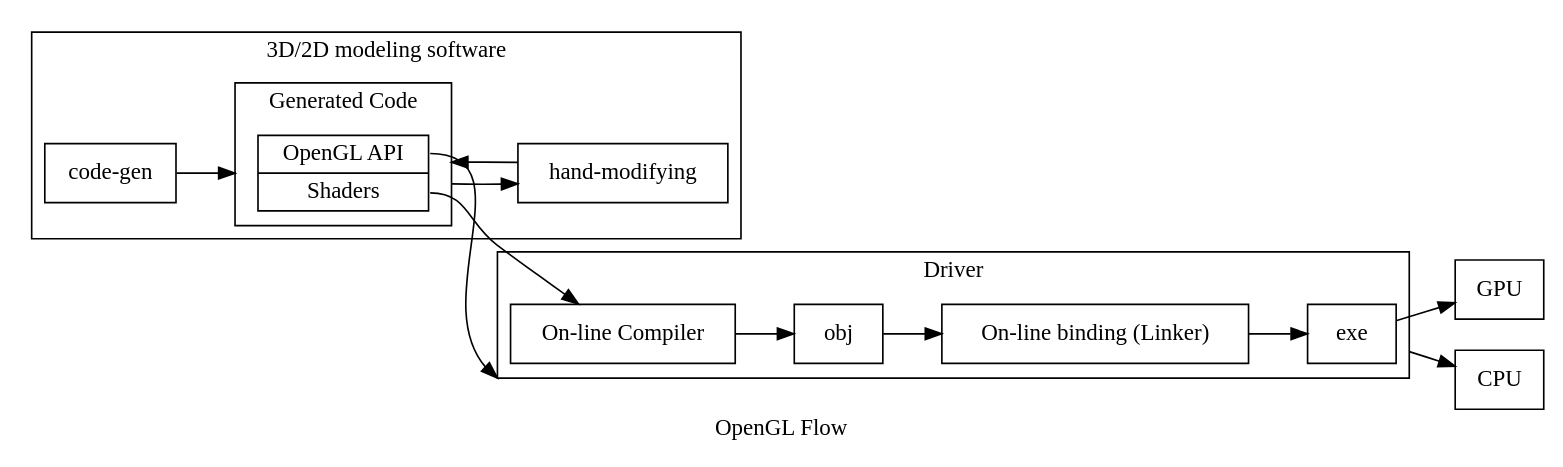
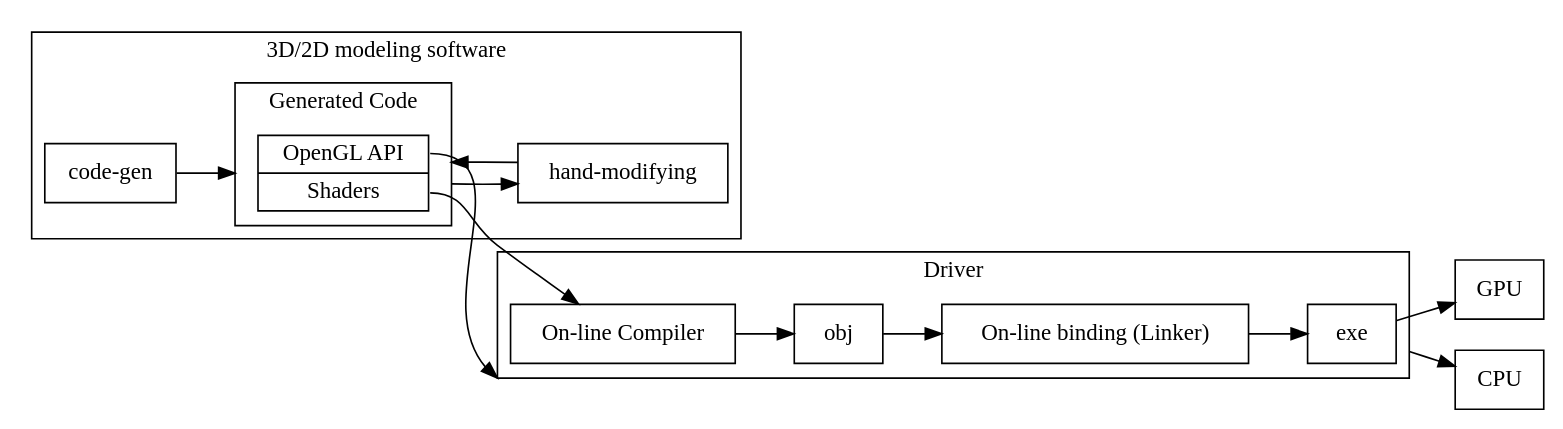
One commit to Jonathan2251/lbd changed the diagram in Fig/gpu/opengl-flow.gv. Above: the diagram before and after it, drawn with Graphviz. The commit also changed 26 other files, not shown here.

```diff
--- a/Fig/gpu/opengl-flow.gv
+++ b/Fig/gpu/opengl-flow.gv
@@ -1,34 +1,32 @@
 digraph G {
   rankdir=LR;
 
   compound=true;
   node [shape=record];
   subgraph cluster_3d {
     label = "3D/2D modeling software";
     CodeGen [label="code-gen"];
     subgraph cluster_code {
       label = "Generated Code";
       Api [label="<a> OpenGL API | <s> Shaders"];
     }
     Hand [label="hand-modifying"];
   }
   subgraph cluster_driver {
     label = "Driver"
     Compiler [label="On-line Compiler"];
     Obj [label="obj"];
     Linker [label="On-line binding (Linker)"];
     Exe [label="exe"];
   }
   CodeGen -> Api [lhead ="cluster_code"];
   Api -> Hand [ltail ="cluster_code"];
   Hand -> Api [lhead ="cluster_code"];
   Api:a -> Obj [lhead ="cluster_driver"];
   Api:s -> Compiler;
-  Compiler -> Obj;
-  Obj -> Linker;
-  Linker -> Exe;
+  Compiler -> Obj -> Linker -> Exe;
   Exe -> GPU;
   Exe -> CPU [ltail ="cluster_driver"]; 
 
-  label = "OpenGL Flow";
+//  label = "OpenGL Flow";
 }
```
